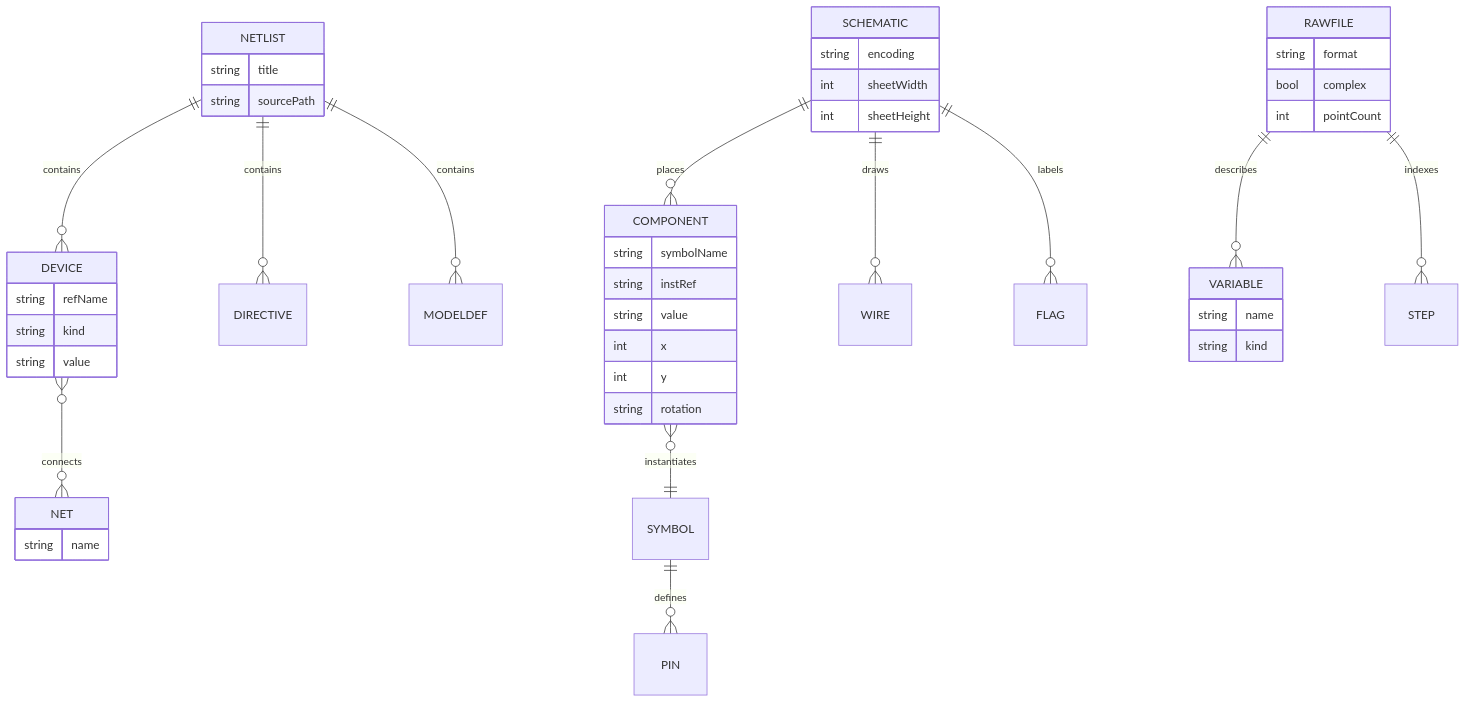
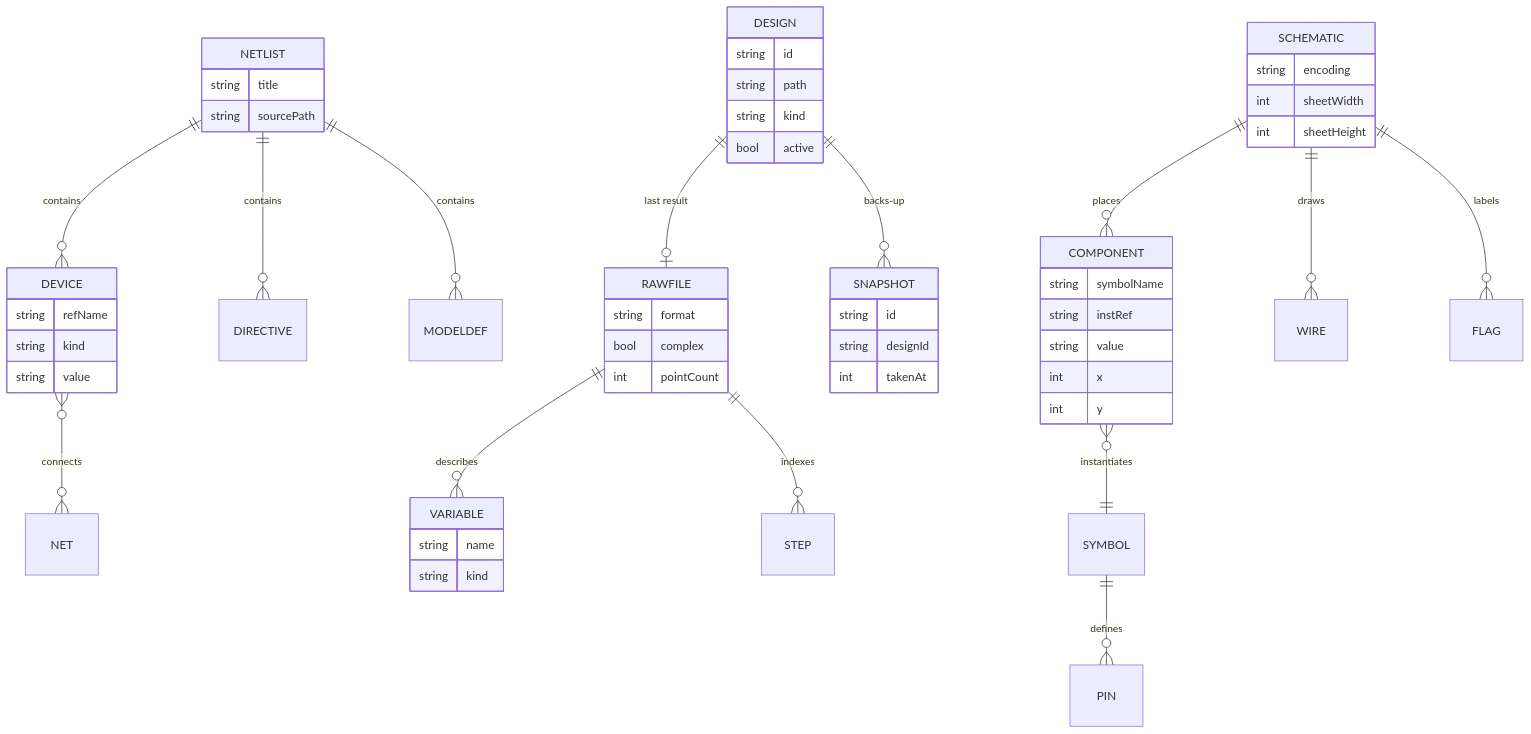
One commit to sohampatwardhan/openspice-mcp changed the seventh of 10 diagrams in .kiro/specs/openspice-mcp/design.md. Above: the diagram before and after it, drawn with Mermaid. The commit also changed other lines of this file and 4 other files, not shown here.

````diff
--- a/.kiro/specs/openspice-mcp/design.md
+++ b/.kiro/specs/openspice-mcp/design.md
@@ -203,48 +300,57 @@
 ```mermaid
 erDiagram
+  DESIGN ||--o| RAWFILE : "last result"
+  DESIGN ||--o{ SNAPSHOT : backs-up
   NETLIST ||--o{ DEVICE : contains
   NETLIST ||--o{ DIRECTIVE : contains
   NETLIST ||--o{ MODELDEF : contains
   DEVICE }o--o{ NET : connects
   SCHEMATIC ||--o{ COMPONENT : places
   SCHEMATIC ||--o{ WIRE : draws
   SCHEMATIC ||--o{ FLAG : labels
   COMPONENT }o--|| SYMBOL : instantiates
   SYMBOL ||--o{ PIN : defines
   RAWFILE ||--o{ VARIABLE : describes
   RAWFILE ||--o{ STEP : indexes
+  DESIGN {
+    string id
+    string path
+    string kind
+    bool active
+  }
+  SNAPSHOT {
+    string id
+    string designId
+    int takenAt
+  }
   NETLIST {
     string title
     string sourcePath
   }
   DEVICE {
     string refName
     string kind
     string value
-  }
-  NET {
-    string name
   }
   SCHEMATIC {
     string encoding
     int sheetWidth
     int sheetHeight
   }
   COMPONENT {
     string symbolName
     string instRef
     string value
     int x
     int y
-    string rotation
   }
   RAWFILE {
     string format
     bool complex
     int pointCount
   }
   VARIABLE {
     string name
     string kind
   }
 ```
````
